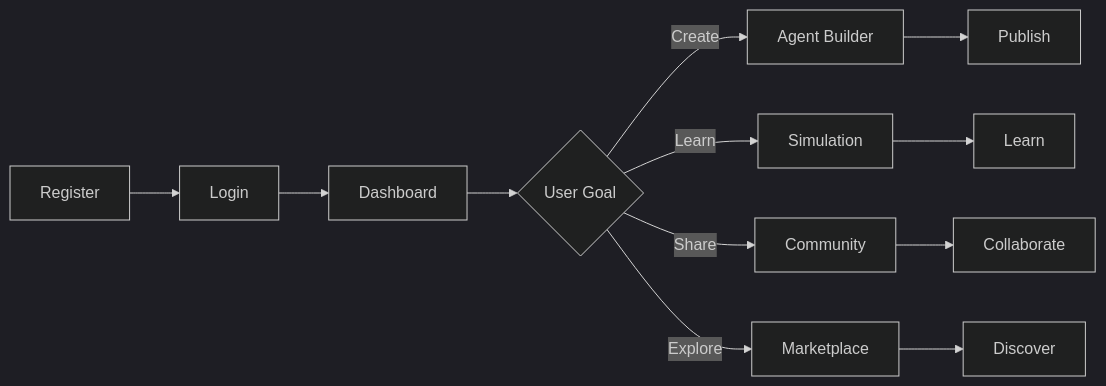
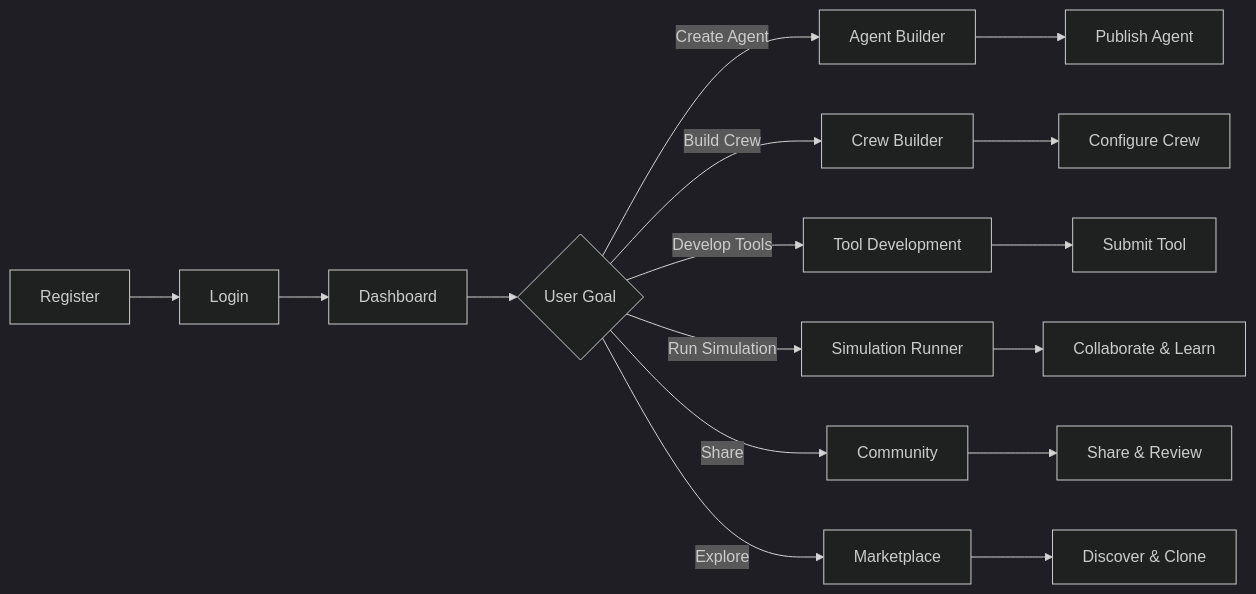
The third of 5 diagrams in backend/docs/architecture/README.md (Sbcoit/forked-ai-agent-education-platform), drawn with Mermaid (dark theme) before and after one commit. The commit also changed other lines of this file and 21 other files, not shown here.

First line of the commit message:
Major Architecture Update: CrewAI Alignment & Database Fixes

````diff
--- a/backend/docs/architecture/README.md
+++ b/backend/docs/architecture/README.md
@@ -228,14 +249,18 @@
 ```mermaid
 graph LR
     A[Register] --> B[Login]
     B --> C[Dashboard]
     C --> D{User Goal}
-    D -->|Create| E[Agent Builder]
-    D -->|Learn| F[Simulation]
-    D -->|Share| G[Community]
-    D -->|Explore| H[Marketplace]
-    E --> I[Publish]
-    F --> J[Learn]
-    G --> K[Collaborate]
-    H --> L[Discover]
+    D -->|Create Agent| E[Agent Builder]
+    D -->|Build Crew| F[Crew Builder]
+    D -->|Develop Tools| G[Tool Development]
+    D -->|Run Simulation| H[Simulation Runner]
+    D -->|Share| I[Community]
+    D -->|Explore| J[Marketplace]
+    E --> K[Publish Agent]
+    F --> L[Configure Crew]
+    G --> M[Submit Tool]
+    H --> N[Collaborate & Learn]
+    I --> O[Share & Review]
+    J --> P[Discover & Clone]
 ```
````
